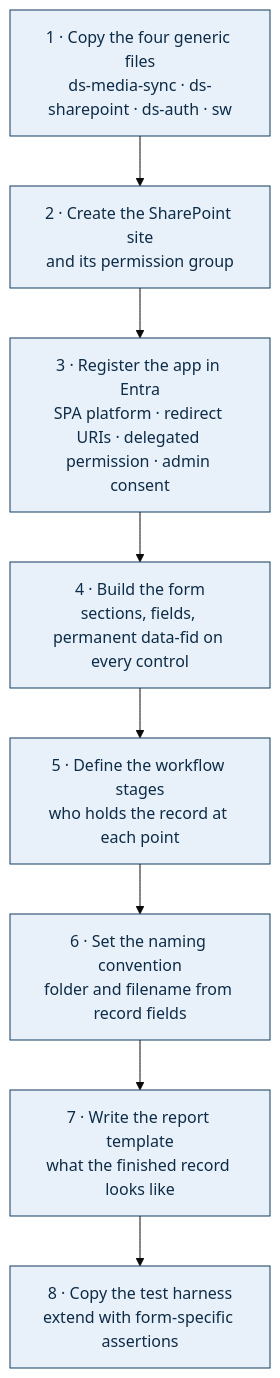
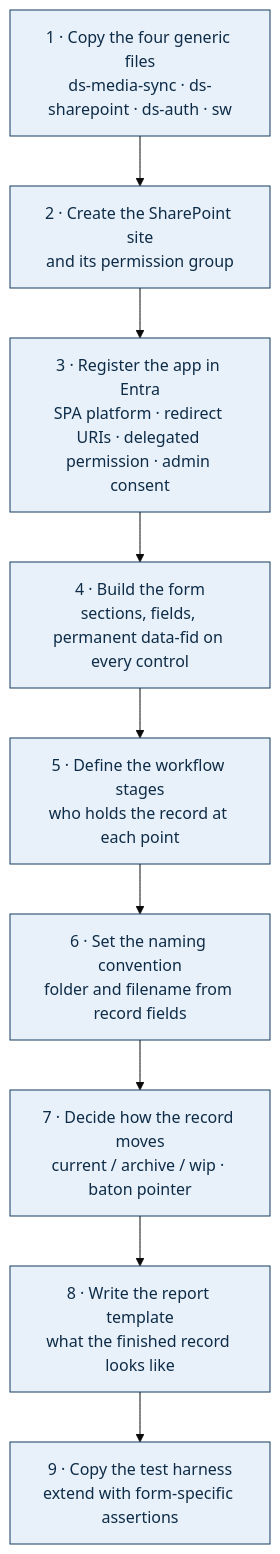
The seventh of 7 diagrams in docs/FIELD-APP-TEMPLATE.md (DS-JS1/dryspace-inspect), drawn with Mermaid (base theme) before and after one commit. The commit also changed other lines of this file and 35 other files, not shown here.

First line of the commit message:
v1.4 — the record moves through SharePoint, and four ways an upload could hang

````diff
--- a/docs/FIELD-APP-TEMPLATE.md
+++ b/docs/FIELD-APP-TEMPLATE.md
@@ -307,14 +455,15 @@
 ```mermaid
 flowchart TB
     A["1 · Copy the four generic files<br/>ds-media-sync · ds-sharepoint · ds-auth · sw"] --> B
     B["2 · Create the SharePoint site<br/>and its permission group"] --> C
     C["3 · Register the app in Entra<br/>SPA platform · redirect URIs · delegated permission · admin consent"] --> D
     D["4 · Build the form<br/>sections, fields, permanent data-fid on every control"] --> E
     E["5 · Define the workflow stages<br/>who holds the record at each point"] --> F
     F["6 · Set the naming convention<br/>folder and filename from record fields"] --> G
-    G["7 · Write the report template<br/>what the finished record looks like"] --> H
-    H["8 · Copy the test harness<br/>extend with form-specific assertions"]
+    G["7 · Decide how the record moves<br/>current / archive / wip · baton pointer"] --> H
+    H["8 · Write the report template<br/>what the finished record looks like"] --> I
+    I["9 · Copy the test harness<br/>extend with form-specific assertions"]
 
     classDef s fill:#E8F1FA,stroke:#123A5F,color:#0E2C47
-    class A,B,C,D,E,F,G,H s
+    class A,B,C,D,E,F,G,H,I s
 ```
````
